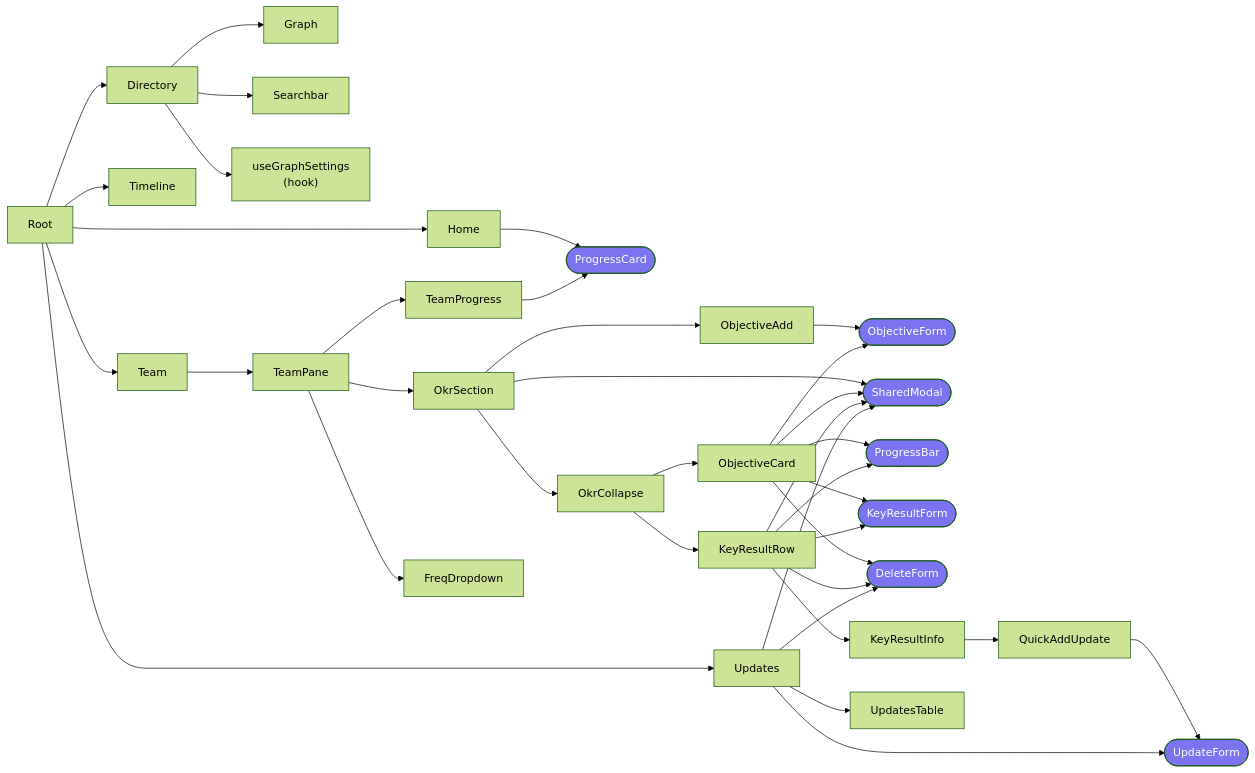
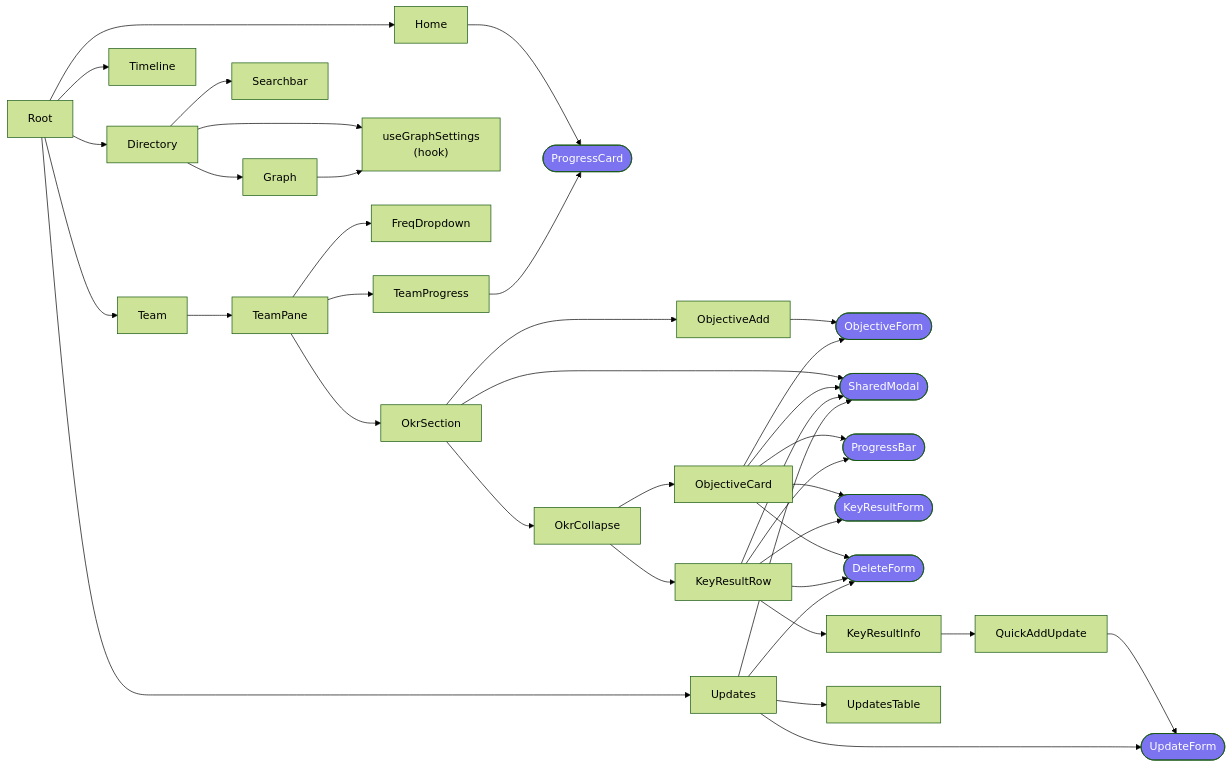
The second of 6 diagrams in dev/README.md (chrischow/rokr), drawn with Mermaid (forest theme) before and after one commit. The commit also changed other lines of this file, not shown here.

````diff
--- a/dev/README.md
+++ b/dev/README.md
@@ -94,56 +94,57 @@
 ```mermaid
 graph LR
   %% Top-level components
   Root --> Home
   Root --> Team
   Root --> Updates
   Root --> Timeline
   Root --> Directory
   
   %%Directory
   Directory --> Graph
   Directory --> Searchbar
   Directory --> UGS["useGraphSettings<br>(hook)"]
+  Graph --> UGS
 
   %% Home
   Home --> PC([ProgressCard])
 
   %% Team
   Team --> TeamPane
+  TeamPane --> FreqDropdown
   TeamPane --> TeamProgress
   TeamPane --> OkrSection
-  TeamPane --> FreqDropdown
 
   TeamProgress --> PC
 
   OkrSection --> ObjectiveAdd
   OkrSection --> OkrCollapse
   ObjectiveAdd --> OF([ObjectiveForm])
   OkrSection --> SM([SharedModal])
 
   OkrCollapse --> KeyResultRow
   OkrCollapse --> ObjectiveCard
 
   ObjectiveCard --> SM
   ObjectiveCard --> PB([ProgressBar])
   ObjectiveCard --> OF
   ObjectiveCard --> KRF([KeyResultForm])
   ObjectiveCard --> DF([DeleteForm])
 
   KeyResultRow --> PB
   KeyResultRow --> SM
   KeyResultRow --> KeyResultInfo
   KeyResultRow --> KRF
   KeyResultRow --> DF
 
   KeyResultInfo --> QuickAddUpdate
   QuickAddUpdate --> UF([UpdateForm])
 
   Updates --> SM
   Updates --> UpdatesTable
   Updates --> UF
   Updates --> DF
 
   classDef shared fill:#7b73f0,color:white
   class PC,SM,DF,UF,OF,KRF,PB shared
 ```
````
